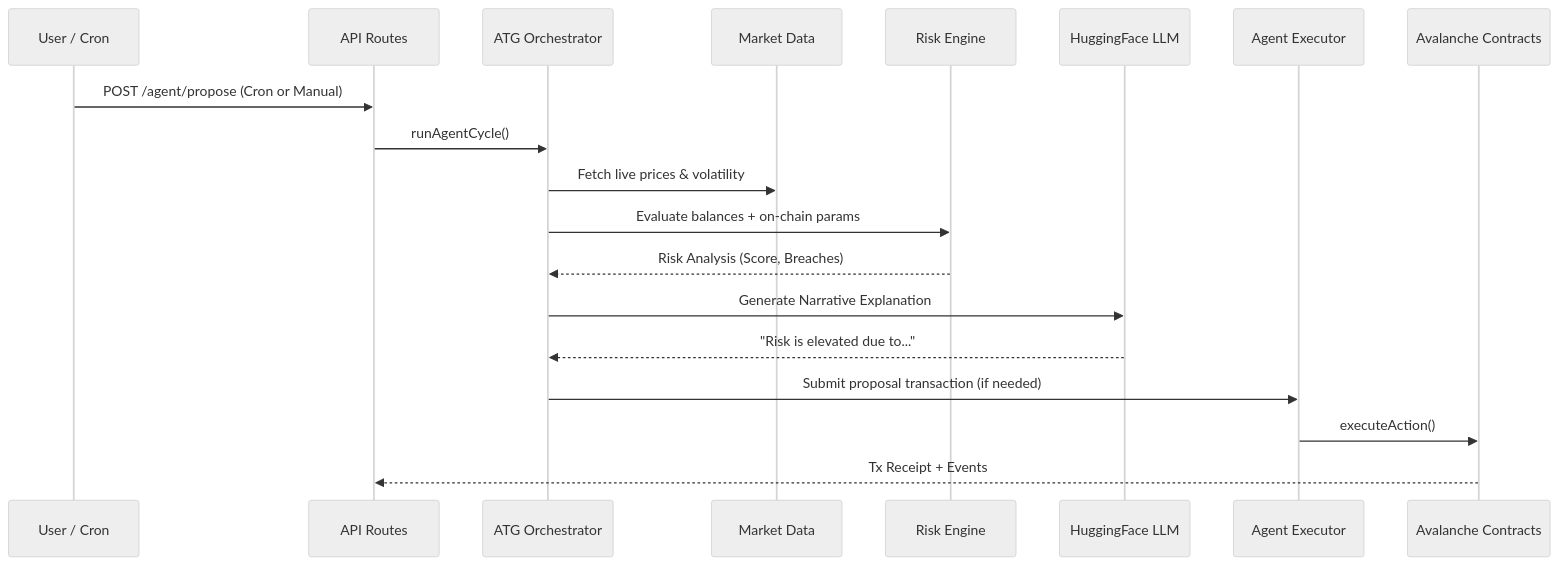
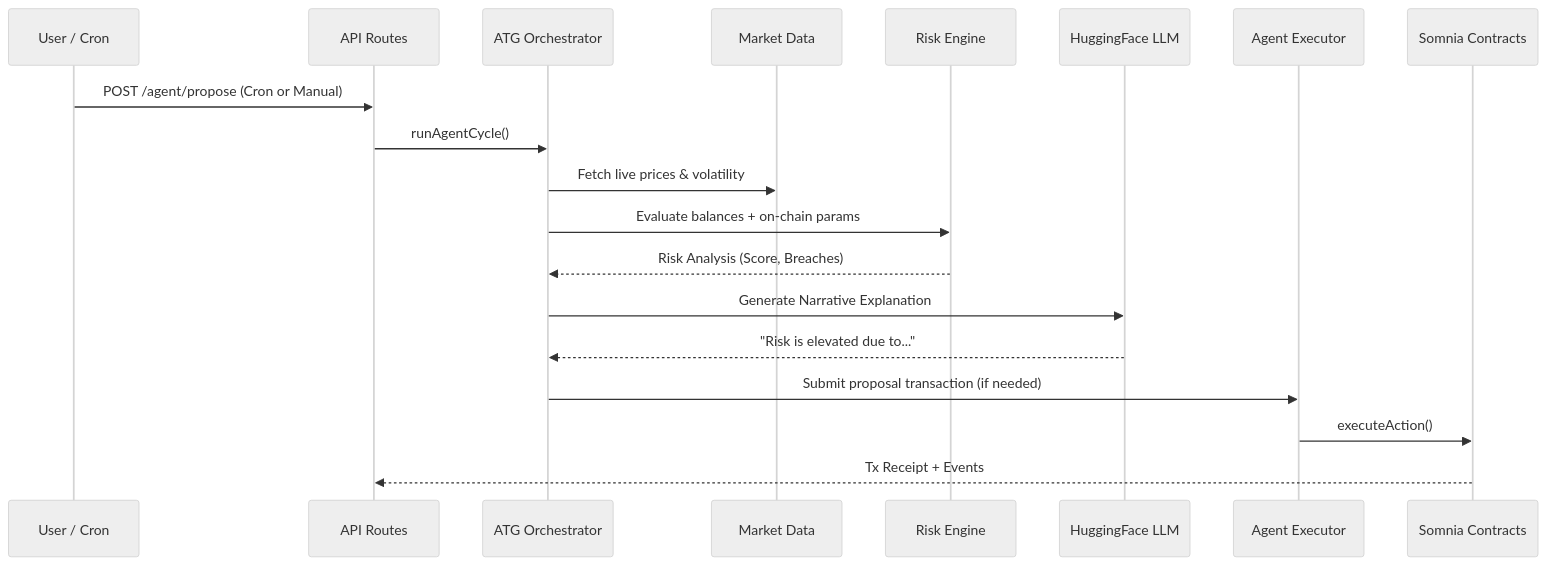
Before and after one commit to Bratipah/ATG: the second of 2 diagrams in README.md, drawn with Mermaid (neutral theme). The commit also changed other lines of this file, not shown here.

Commit message:
update agentic L1 somnia

````diff
--- a/README.md
+++ b/README.md
@@ -55,22 +55,22 @@
 ```mermaid
 sequenceDiagram
     participant User as User / Cron
     participant API as API Routes
     participant Agent as ATG Orchestrator
     participant Market as Market Data
     participant Risk as Risk Engine
     participant LLM as HuggingFace LLM
     participant Exec as Agent Executor
-    participant Chain as Avalanche Contracts
+    participant Chain as Somnia Contracts
 
     User->>API: POST /agent/propose (Cron or Manual)
     API->>Agent: runAgentCycle()
     Agent->>Market: Fetch live prices & volatility
     Agent->>Risk: Evaluate balances + on-chain params
     Risk-->>Agent: Risk Analysis (Score, Breaches)
     Agent->>LLM: Generate Narrative Explanation
     LLM-->>Agent: "Risk is elevated due to..."
     Agent->>Exec: Submit proposal transaction (if needed)
     Exec->>Chain: executeAction()
     Chain-->>API: Tx Receipt + Events
 ```
````
